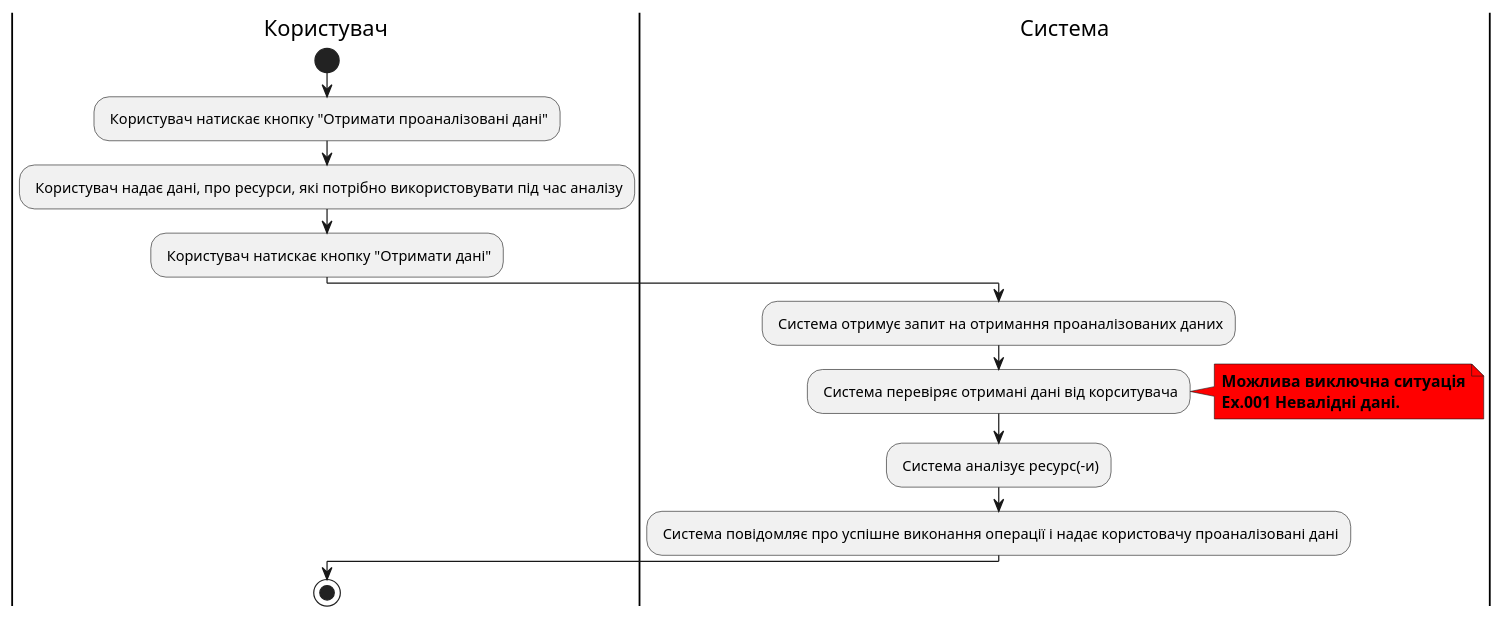
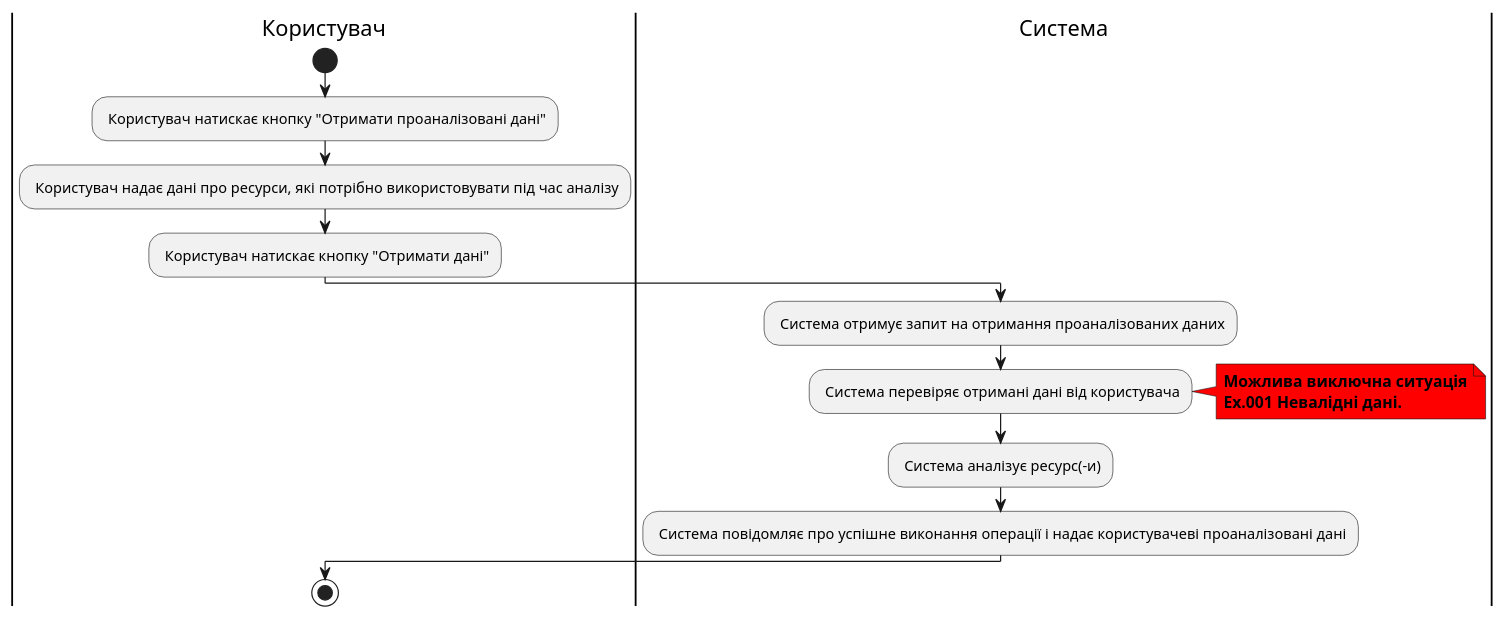
The seventh of 7 diagrams in docs/ua/use cases/index.md (ypapish/database-course-work), drawn with PlantUML before and after one commit. The commit also changed other lines of this file, not shown here.

```diff
--- a/docs/ua/use cases/index.md
+++ b/docs/ua/use cases/index.md
@@ -212,19 +212,19 @@
 @startuml
 |Користувач|
 start
 : Користувач натискає кнопку "Отримати проаналізовані дані";
-: Користувач надає дані, про ресурси, які потрібно використовувати під час аналізу;
+: Користувач надає дані про ресурси, які потрібно використовувати під час аналізу;
 : Користувач натискає кнопку "Отримати дані";
 
 |Система|
 : Система отримує запит на отримання проаналізованих даних;
-: Система перевіряє отримані дані від корситувача;
+: Система перевіряє отримані дані від користувача;
 note right #red
 <b>Можлива виключна ситуація</b>
 <b>Ex.001 Невалідні дані.</b>
 end note
 : Система аналізує ресурс(-и);
-: Система повідомляє про успішне виконання операції і надає користовачу проаналізовані дані;
+: Система повідомляє про успішне виконання операції і надає користувачеві проаналізовані дані;
 |Користувач|
 stop
 @enduml
```
